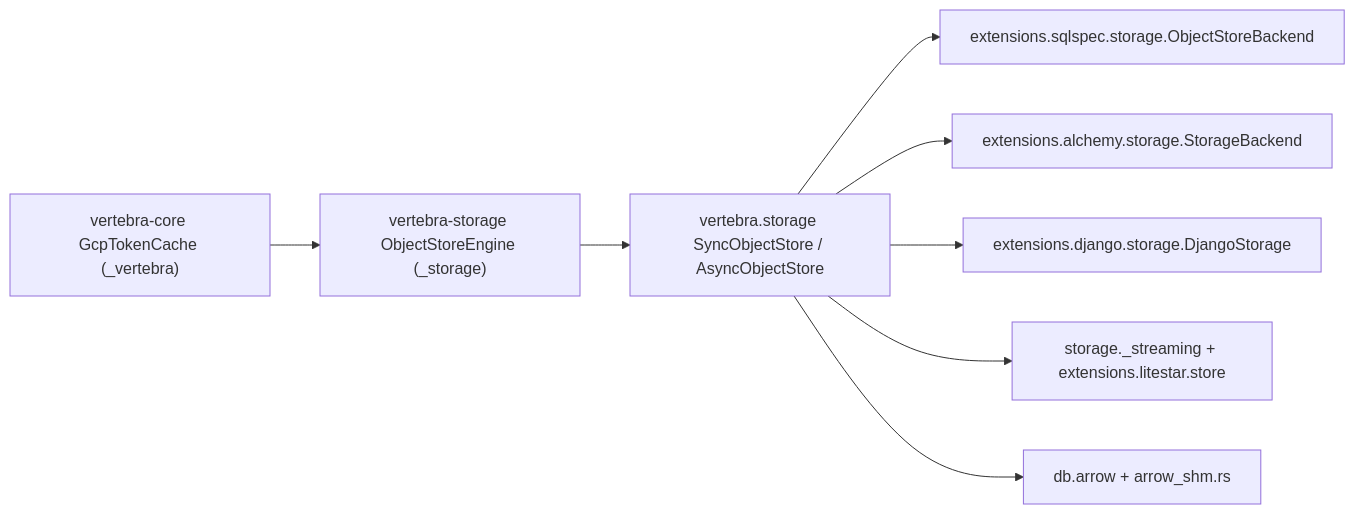
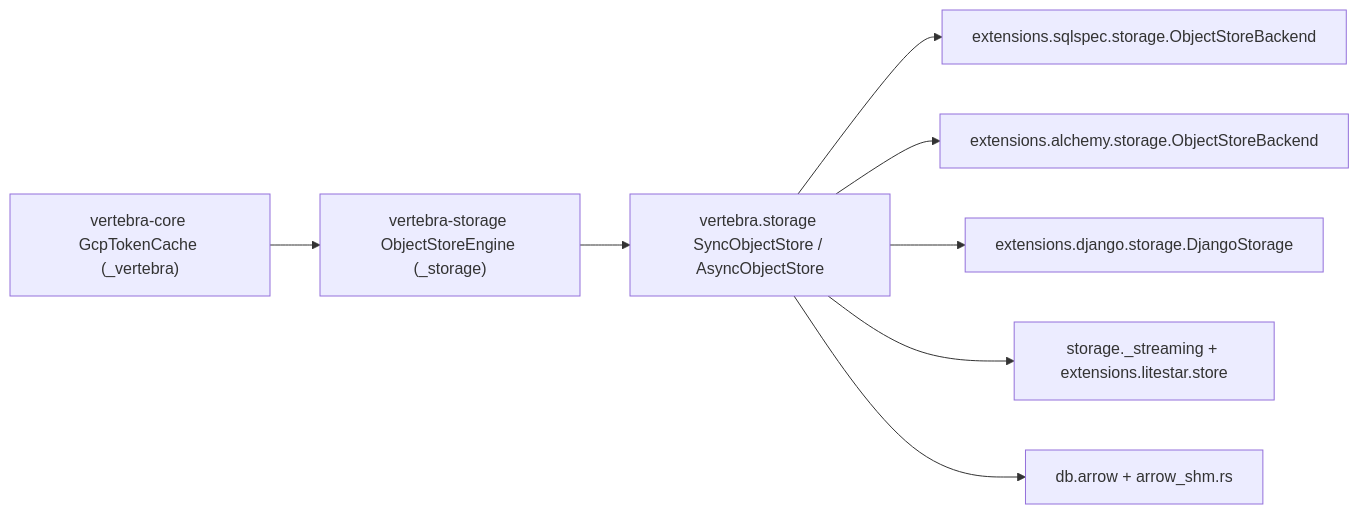
One commit to cofin/vertebra changed the diagram in .agents/bundles/specs/storage-completeness/spec.md. Above: the diagram before and after it, drawn with Mermaid. The commit also changed other lines of this file and 5 other files, not shown here.

````diff
--- a/.agents/bundles/specs/storage-completeness/spec.md
+++ b/.agents/bundles/specs/storage-completeness/spec.md
@@ -116,10 +127,10 @@
 ```mermaid
 flowchart LR
     CoreAuth["vertebra-core GcpTokenCache (_vertebra)"] --> RsStore["vertebra-storage ObjectStoreEngine (_storage)"]
     RsStore --> PyStore["vertebra.storage SyncObjectStore / AsyncObjectStore"]
     PyStore --> SQLSpec["extensions.sqlspec.storage.ObjectStoreBackend"]
-    PyStore --> Alchemy["extensions.alchemy.storage.StorageBackend"]
+    PyStore --> Alchemy["extensions.alchemy.storage.ObjectStoreBackend"]
     PyStore --> Django["extensions.django.storage.DjangoStorage"]
     PyStore --> Litestar["storage._streaming + extensions.litestar.store"]
     PyStore --> ArrowPlane["db.arrow + arrow_shm.rs"]
 ```
````
